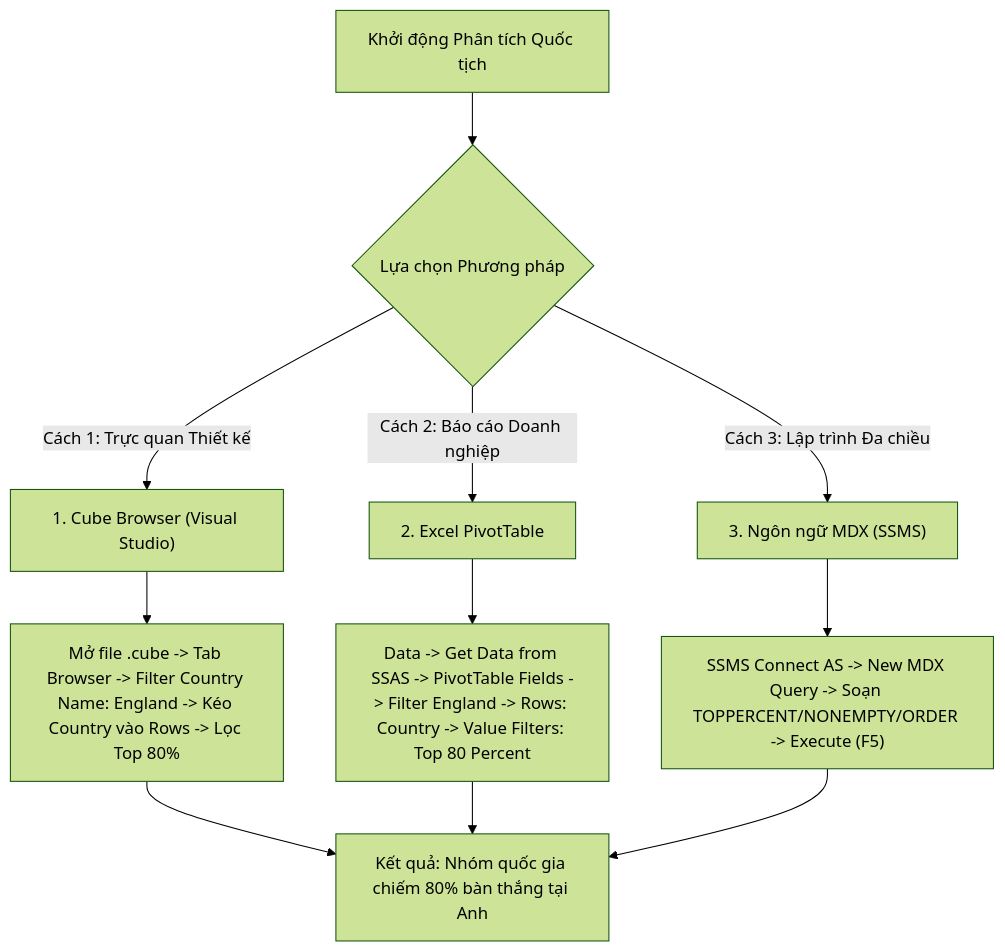
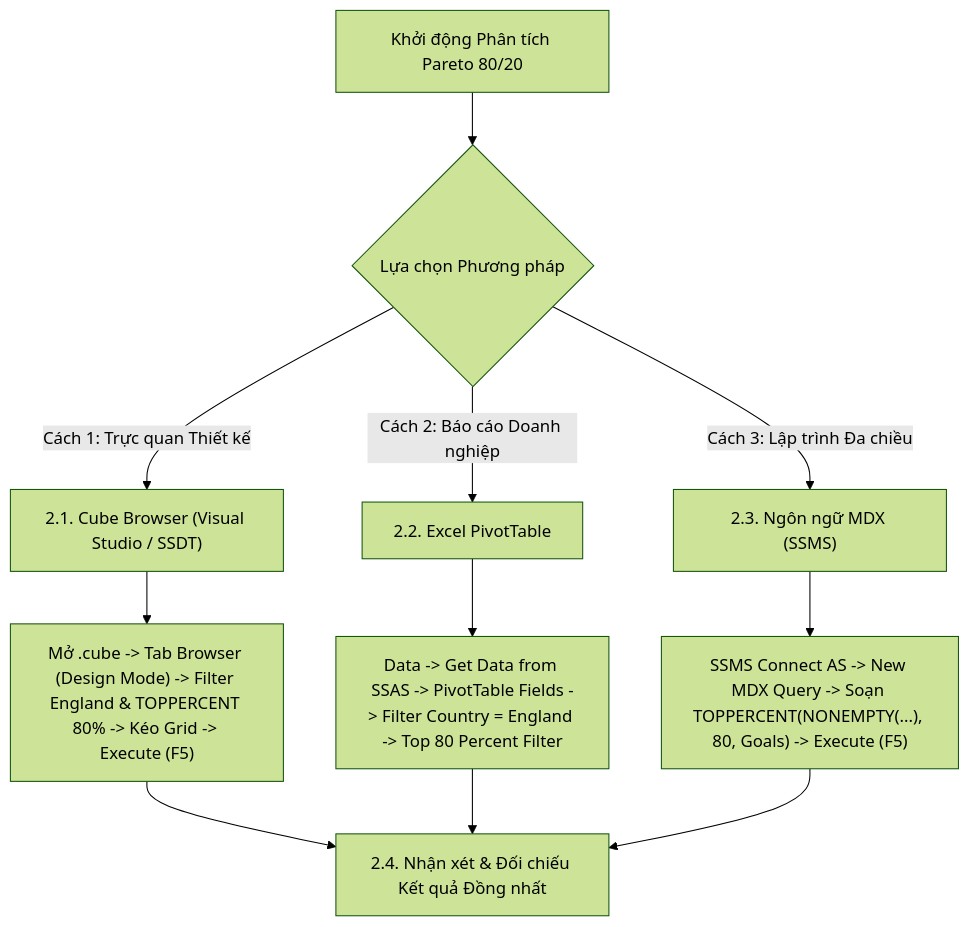
Before and after one commit to snowflake-vibing/Kho_du_lieu_OLAP: the diagram in mdx/query_07.md, drawn with Mermaid (forest theme). The commit also changed other lines of this file and 9 other files, not shown here.

Commit message:
docs(mdx): dong bo quy trinh 3 phuong phap va bang doi chieu cho query 06 den 15

````diff
--- a/mdx/query_07.md
+++ b/mdx/query_07.md
@@ -35,16 +54,16 @@
 ```mermaid
 flowchart TD
-    Start["Khởi động Phân tích Quốc tịch"] --> Choice{"Lựa chọn Phương pháp"}
+    Start["Khởi động Phân tích Pareto 80/20"] --> Choice{"Lựa chọn Phương pháp"}
 
-    Choice -->|"Cách 1: Trực quan Thiết kế"| CB["1. Cube Browser (Visual Studio)"]
-    Choice -->|"Cách 2: Báo cáo Doanh nghiệp"| Excel["2. Excel PivotTable"]
-    Choice -->|"Cách 3: Lập trình Đa chiều"| MDX["3. Ngôn ngữ MDX (SSMS)"]
+    Choice -->|"Cách 1: Trực quan Thiết kế"| CB["2.1. Cube Browser (Visual Studio / SSDT)"]
+    Choice -->|"Cách 2: Báo cáo Doanh nghiệp"| Excel["2.2. Excel PivotTable"]
+    Choice -->|"Cách 3: Lập trình Đa chiều"| MDX["2.3. Ngôn ngữ MDX (SSMS)"]
 
-    CB --> CB_Step["Mở file .cube -> Tab Browser -> Filter Country Name: England -> Kéo Country vào Rows -> Lọc Top 80%"]
-    Excel --> Excel_Step["Data -> Get Data from SSAS -> PivotTable Fields -> Filter England -> Rows: Country -> Value Filters: Top 80 Percent"]
-    MDX --> MDX_Step["SSMS Connect AS -> New MDX Query -> Soạn TOPPERCENT/NONEMPTY/ORDER -> Execute (F5)"]
+    CB --> CB_Step["Mở .cube -> Tab Browser (Design Mode) -> Filter England & TOPPERCENT 80% -> Kéo Grid -> Execute (F5)"]
+    Excel --> Excel_Step["Data -> Get Data from SSAS -> PivotTable Fields -> Filter Country = England -> Top 80 Percent Filter"]
+    MDX --> MDX_Step["SSMS Connect AS -> New MDX Query -> Soạn TOPPERCENT(NONEMPTY(...), 80, Goals) -> Execute (F5)"]
 
-    CB_Step --> Finish["Kết quả: Nhóm quốc gia chiếm 80% bàn thắng tại Anh"]
+    CB_Step --> Finish["2.4. Nhận xét & Đối chiếu Kết quả Đồng nhất"]
     Excel_Step --> Finish
     MDX_Step --> Finish
 ```
````
